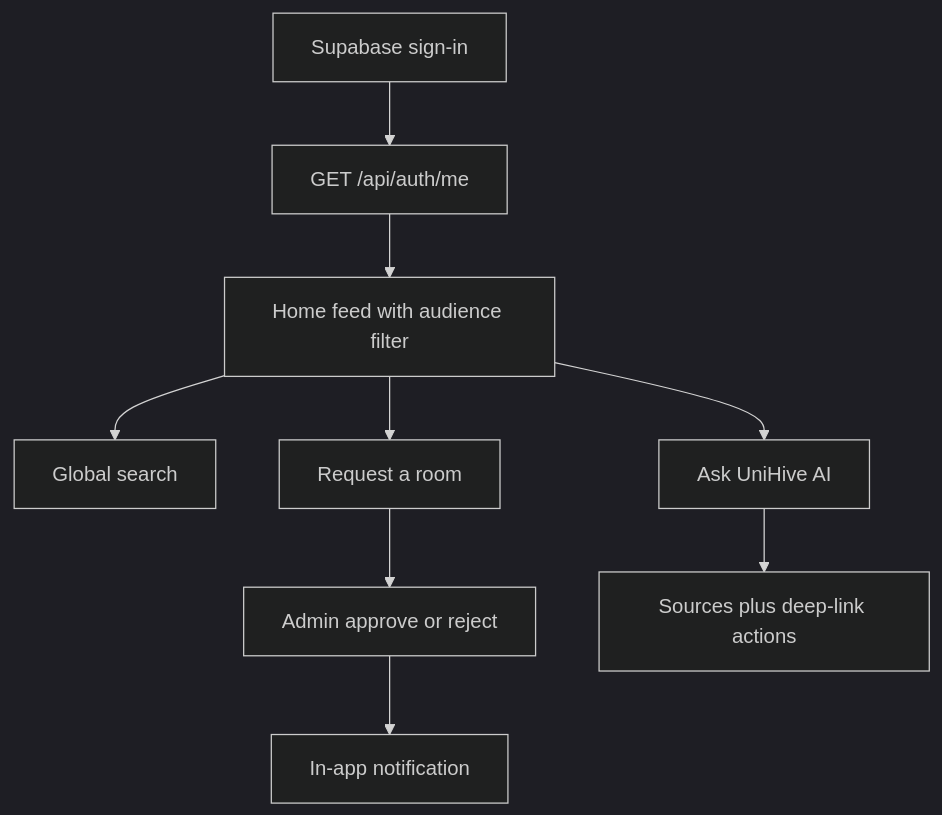
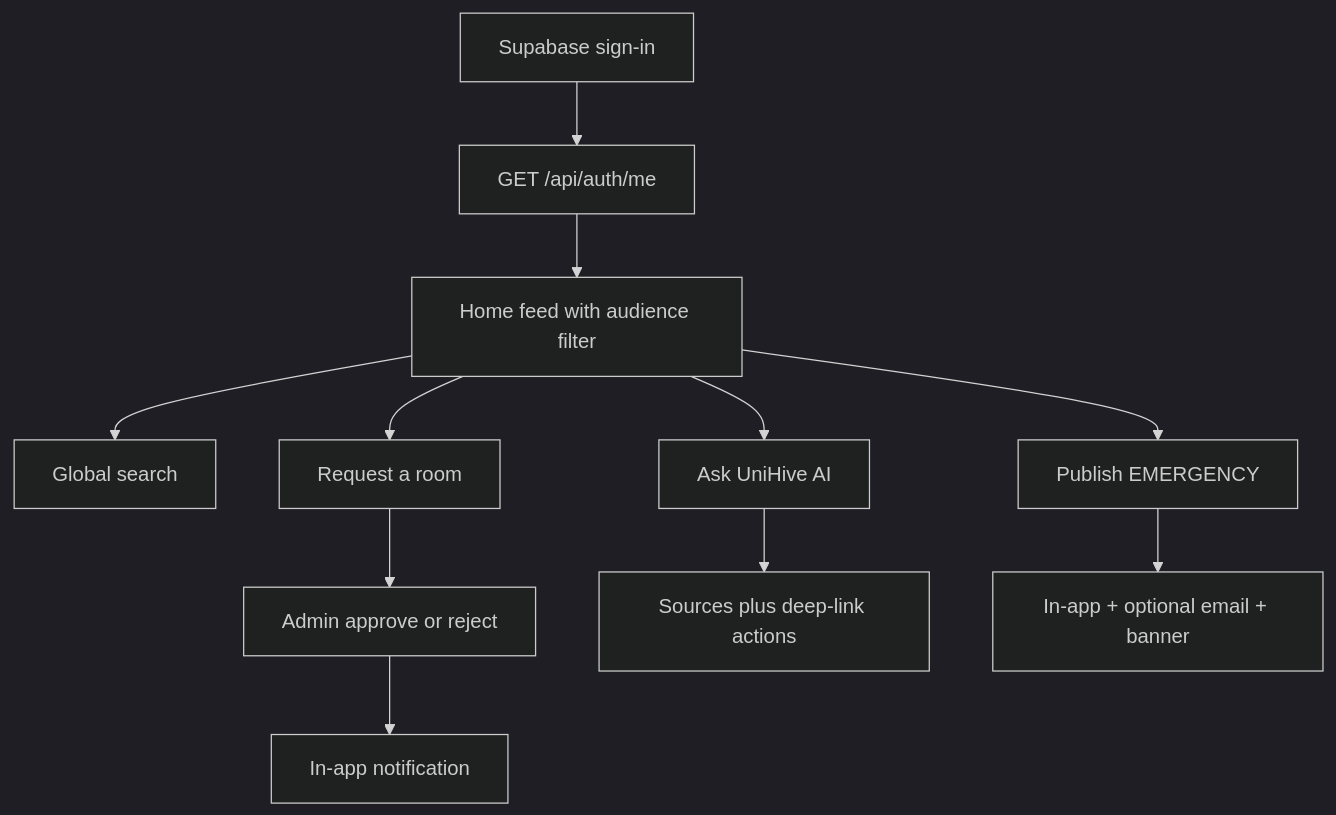
The first of 3 diagrams in REPORT.md (DevDash-26/Team-Axiom), drawn with Mermaid (dark theme) before and after one commit. The commit also changed other lines of this file and 2 other files, not shown here.

````diff
--- a/REPORT.md
+++ b/REPORT.md
@@ -63,11 +65,13 @@
 ```mermaid
 flowchart TD
   SignIn[Supabase sign-in] --> Me[GET /api/auth/me]
   Me --> Feed[Home feed with audience filter]
   Feed --> Search[Global search]
   Feed --> Book[Request a room]
   Book --> Staff[Admin approve or reject]
   Staff --> Notify[In-app notification]
   Feed --> AI[Ask UniHive AI]
   AI --> Sources[Sources plus deep-link actions]
+  Feed --> Emergency[Publish EMERGENCY]
+  Emergency --> Fanout[In-app + optional email + banner]
 ```
````
